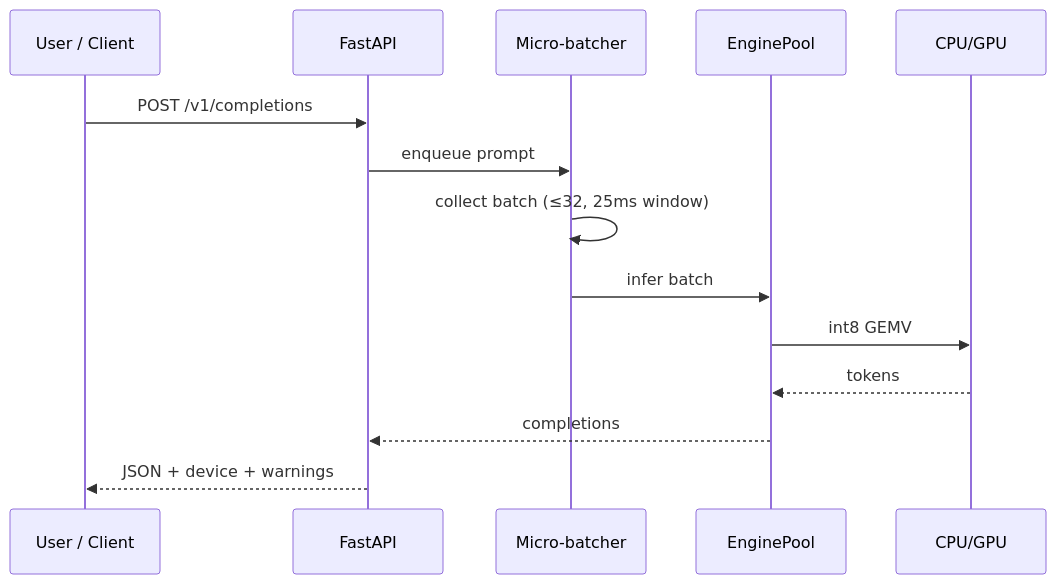
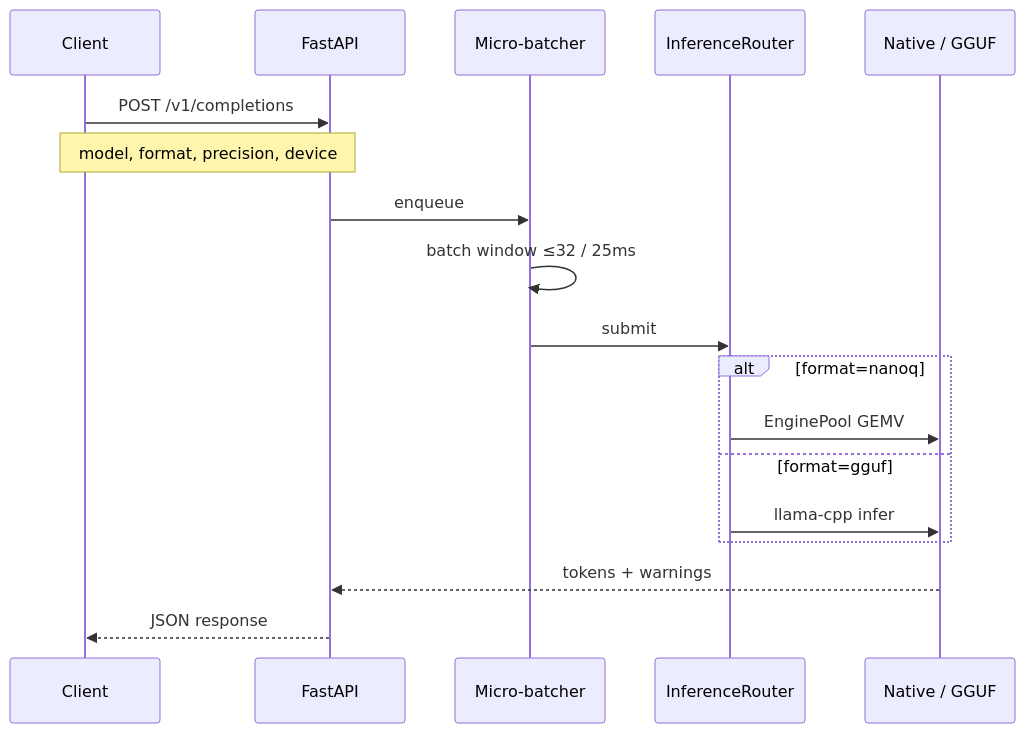
One commit to Team-Auralis-Labs/NanoServe changed the second of 2 diagrams in README.md. Above: the diagram before and after it, drawn with Mermaid. The commit also changed other lines of this file and 1 other file, not shown here.

First line of the commit message:
Update README for v0.3 multi-model, GGUF, and Web UI.

````diff
--- a/README.md
+++ b/README.md
@@ -45,17 +109,21 @@
 ```mermaid
 sequenceDiagram
-  participant U as User / Client
+  participant U as Client
   participant F as FastAPI
   participant B as Micro-batcher
-  participant E as EnginePool
-  participant C as CPU/GPU
+  participant R as InferenceRouter
+  participant N as Native / GGUF
 
   U->>F: POST /v1/completions
-  F->>B: enqueue prompt
-  B->>B: collect batch (≤32, 25ms window)
-  B->>E: infer batch
-  E->>C: int8 GEMV
-  C-->>E: tokens
-  E-->>F: completions
-  F-->>U: JSON + device + warnings
+  Note over U,F: model, format, precision, device
+  F->>B: enqueue
+  B->>B: batch window ≤32 / 25ms
+  B->>R: submit
+  alt format=nanoq
+    R->>N: EnginePool GEMV
+  else format=gguf
+    R->>N: llama-cpp infer
+  end
+  N-->>F: tokens + warnings
+  F-->>U: JSON response
 ```
````
